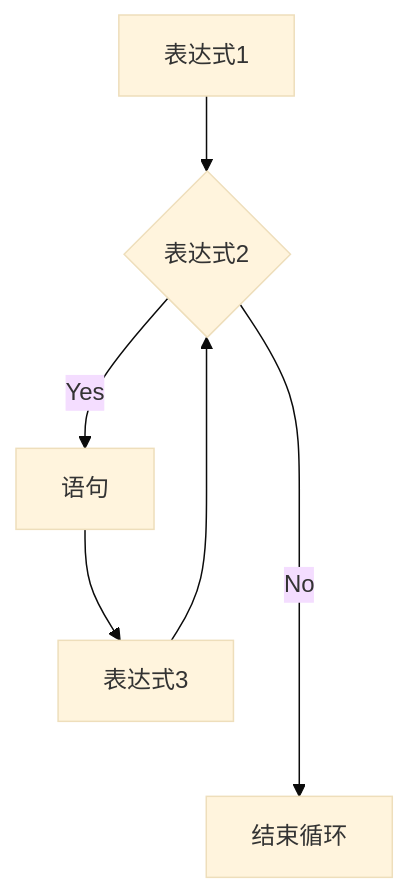
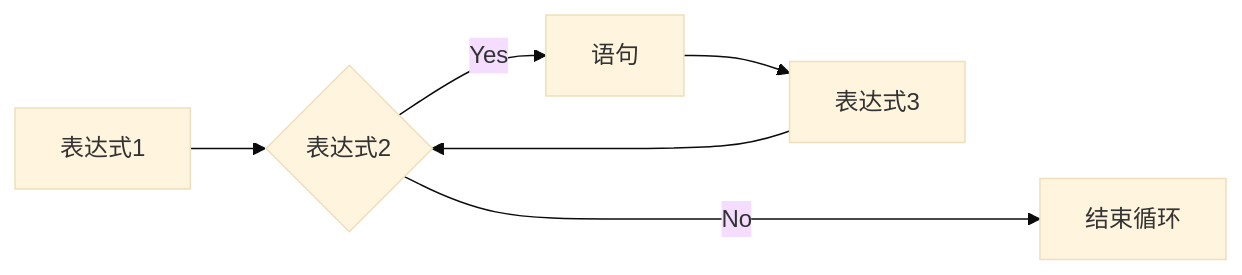
Before and after one commit to IsshikiHugh/notebook: the diagram in docs/cour_note/D1QD_CXiaoCheng/index.md, drawn with Mermaid (base theme). The commit also changed other lines of this file and 10 other files, not shown here.

````diff
--- a/docs/cour_note/D1QD_CXiaoCheng/index.md
+++ b/docs/cour_note/D1QD_CXiaoCheng/index.md
@@ -206,8 +205,8 @@
 ```mermaid
-graph TD
+graph LR
     A[表达式1] --> B{表达式2};
     B -->|Yes| C[语句];
     C --> D[表达式3];
     D --> B;
     B ---->|No| E[结束循环];
 ```
````
